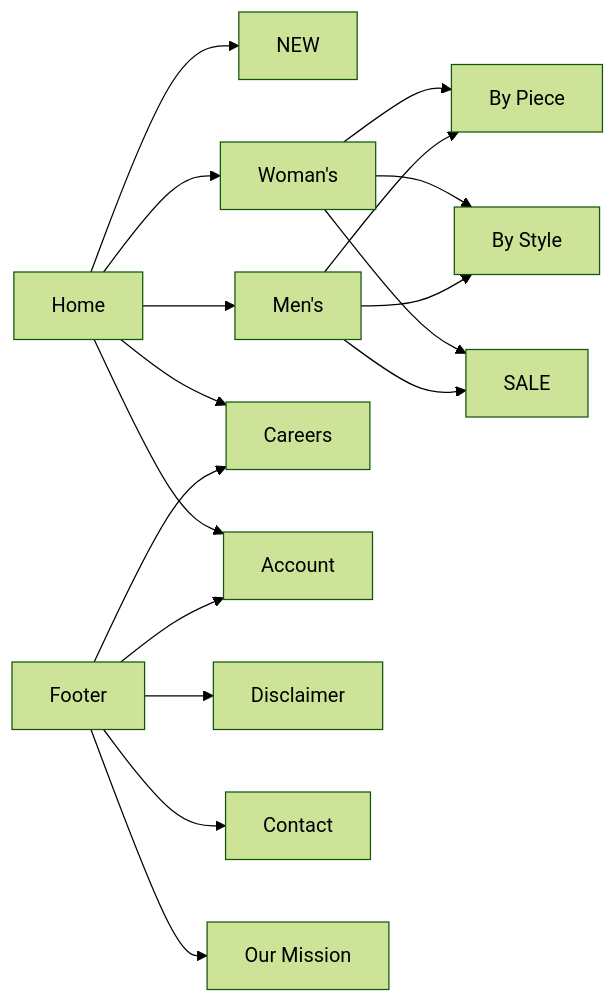
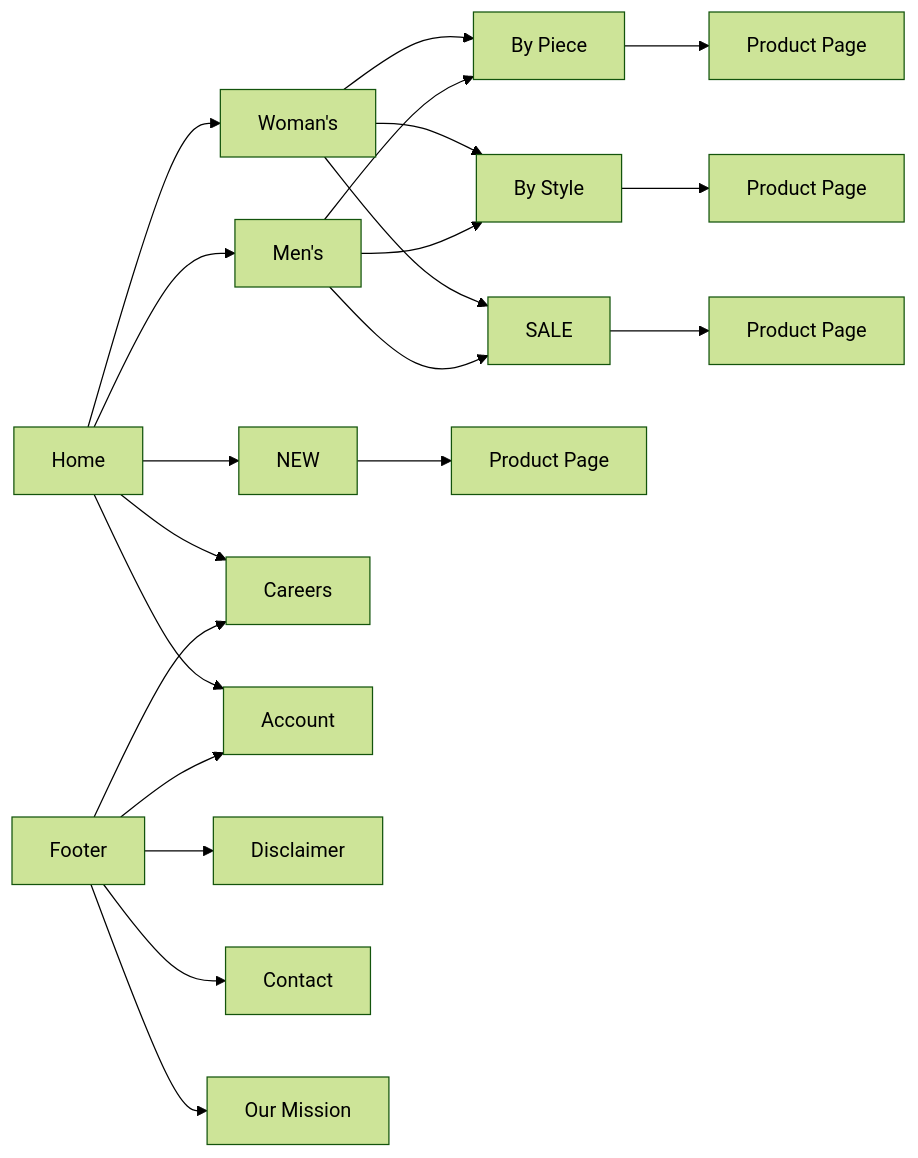
The diagram in Week05/Hw/proposal.md (allinaxprof/IntroToWebDevF26), drawn with Mermaid (forest theme) before and after one commit. The commit also changed other lines of this file, not shown here.

Commit message:
fix: sitemap formatting

````diff
--- a/Week05/Hw/proposal.md
+++ b/Week05/Hw/proposal.md
@@ -54,22 +52,27 @@
 ```mermaid
 graph LR
     Home --> NEW["NEW"]
     Home --> WOM["Woman's"]
     Home --> MAN["Men's"]
     Home --> CAR["My Cart"]
     Home --> ACC["Account"]
 
     WOM --> PIE["By Piece"]
     WOM --> STY["By Style"]
     WOM --> SAL["SALE"]
     MAN --> PIE["By Piece"]
     MAN --> STY["By Style"]
     MAN --> SAL
 
+    NEW --> PRO1["Product Page"]
+    SAL --> PRO4["Product Page"]
+    PIE --> PRO5["Product Page"]
+    STY --> PRO6["Product Page"]
+
     Footer --> DIS["Disclaimer"]
     Footer --> CON["Contact"]
     Footer --> OUR["Our Mission"]
     Footer --> CAR["Careers"]
     Footer --> ACC
 
 ```
````
